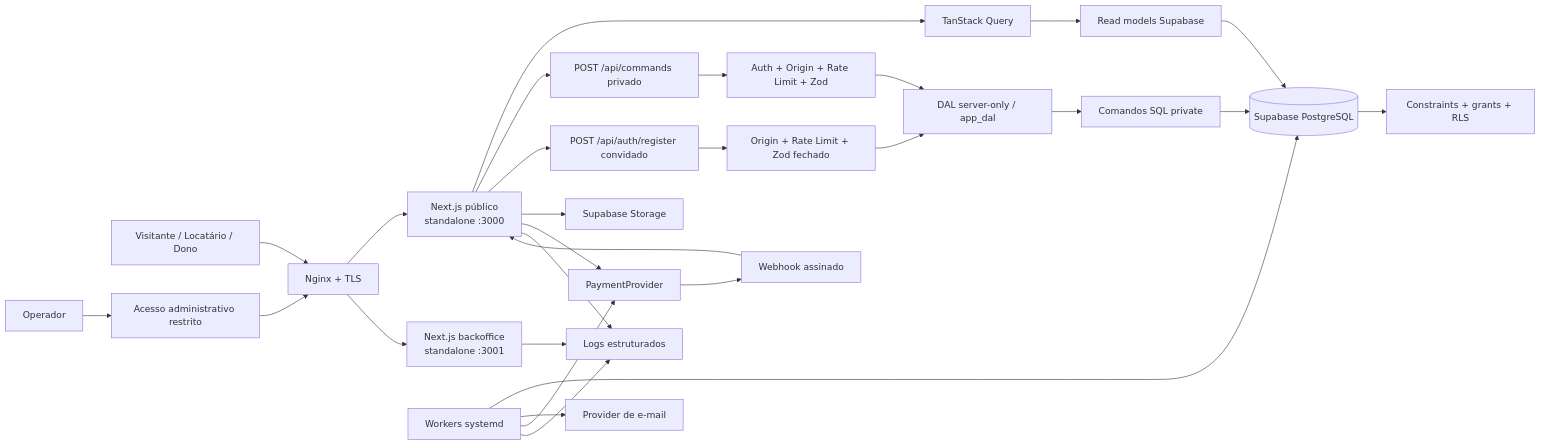
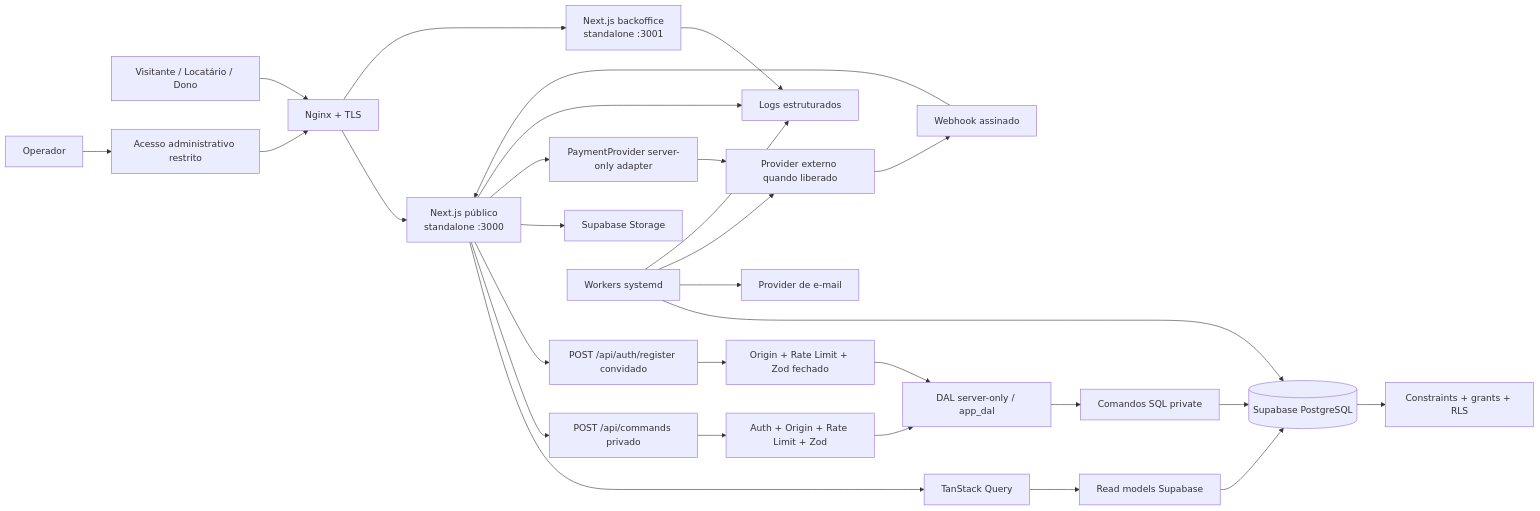
One commit to PedroRomeroM/set-livre changed the diagram in docs/architecture.md. Above: the diagram before and after it, drawn with Mermaid. The commit also changed other lines of this file and 114 other files, not shown here.

````diff
--- a/docs/architecture.md
+++ b/docs/architecture.md
@@ -5,35 +5,36 @@
 ```mermaid
 flowchart LR
     V[Visitante / Locatário / Dono] --> NG[Nginx + TLS]
     O[Operador] --> VPN[Acesso administrativo restrito]
     VPN --> NG
 
     NG --> WEB[Next.js público\nstandalone :3000]
     NG --> BO[Next.js backoffice\nstandalone :3001]
 
     WEB --> TQ[TanStack Query]
     TQ --> RM[Read models Supabase]
     WEB --> CMD[POST /api/commands privado]
     WEB --> REG[POST /api/auth/register convidado]
     CMD --> AUTH[Auth + Origin + Rate Limit + Zod]
     REG --> GUEST[Origin + Rate Limit + Zod fechado]
     AUTH --> DAL[DAL server-only / app_dal]
     GUEST --> DAL
     DAL --> SQL[Comandos SQL private]
     SQL --> PG[(Supabase PostgreSQL)]
     RM --> PG
 
     WEB --> ST[Supabase Storage]
-    WEB --> PAY[PaymentProvider]
+    WEB --> PAD[PaymentProvider server-only adapter]
+    PAD --> PAY[Provider externo quando liberado]
     PAY --> WH[Webhook assinado]
     WH --> WEB
 
     W[Workers systemd] --> PG
     W --> EMAIL[Provider de e-mail]
     W --> PAY
 
     PG --> RLS[Constraints + grants + RLS]
     WEB --> LOG[Logs estruturados]
     BO --> LOG
     W --> LOG
 ```
````
